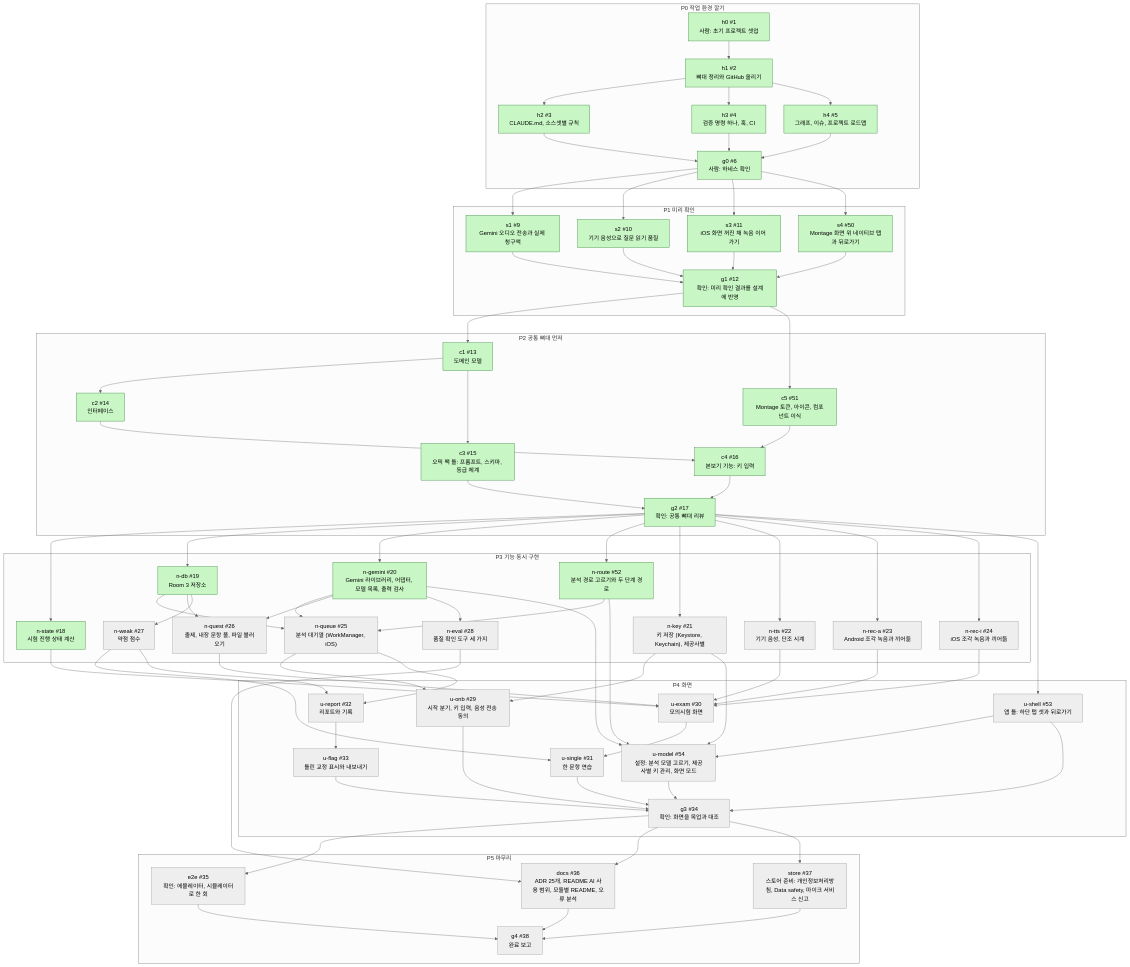
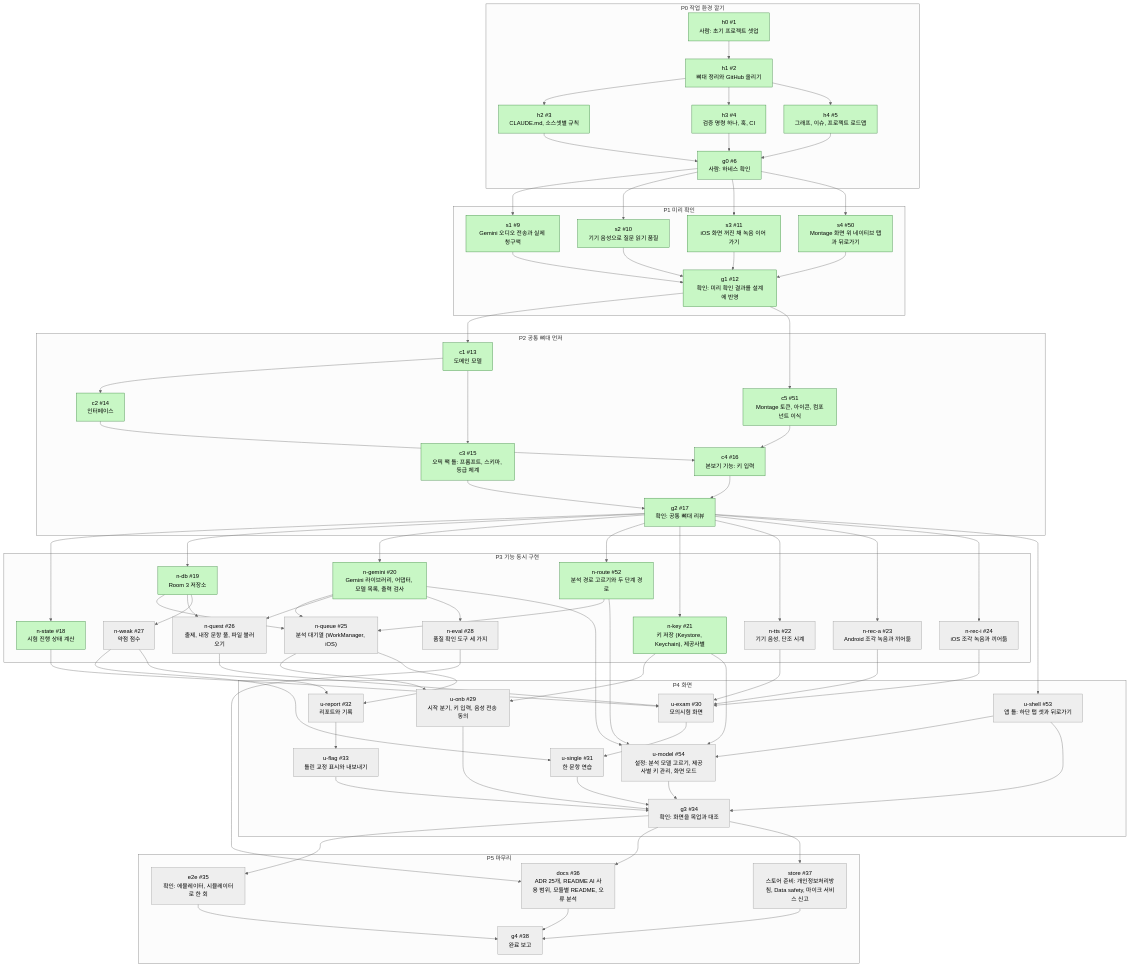
Before and after one commit to nosorae/AiOpicSelfStudy: the first of 2 diagrams in docs/graph/dev-graph.md, drawn with Mermaid (neutral theme). The commit also changed other lines of this file and 10 other files, not shown here.

````diff
--- a/docs/graph/dev-graph.md
+++ b/docs/graph/dev-graph.md
@@ -127,9 +127,9 @@
   docs --> g4
   store --> g4
   classDef todo fill:#eeeeee,stroke:#999999,color:#000
-  class n_key,n_tts,n_rec_a,n_rec_i,n_queue,n_quest,n_weak,n_eval,u_onb,u_shell,u_exam,u_single,u_report,u_flag,u_model,g3,e2e,docs,store,g4 todo
+  class n_tts,n_rec_a,n_rec_i,n_queue,n_quest,n_weak,n_eval,u_onb,u_shell,u_exam,u_single,u_report,u_flag,u_model,g3,e2e,docs,store,g4 todo
   classDef doing fill:#fff3b0,stroke:#d4a017,color:#000
   classDef done fill:#c8f7c5,stroke:#2e7d32,color:#000
-  class h0,h1,h2,h3,h4,g0,s1,s2,s3,s4,g1,c1,c2,c3,c5,c4,g2,n_state,n_db,n_gemini,n_route done
+  class h0,h1,h2,h3,h4,g0,s1,s2,s3,s4,g1,c1,c2,c3,c5,c4,g2,n_state,n_db,n_gemini,n_route,n_key done
   classDef blocked fill:#ffcdd2,stroke:#c62828,color:#000
 ```
````
